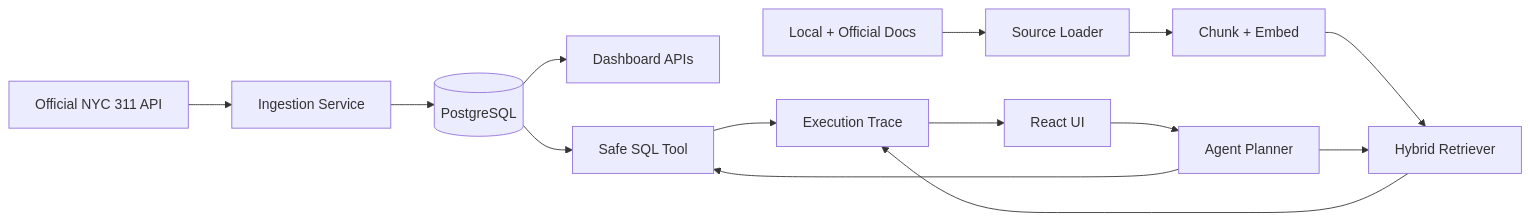
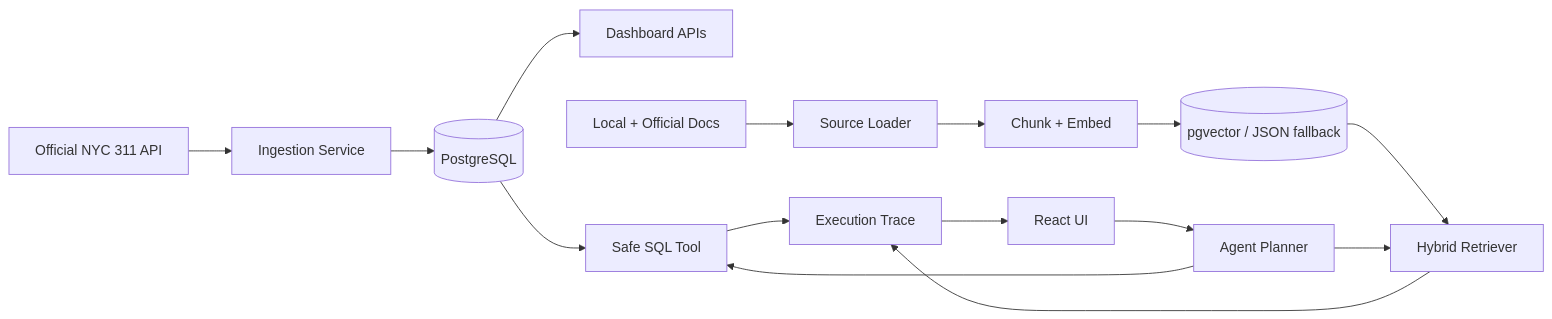
The diagram in README.md (ririan1125/civicops-agent), drawn with Mermaid before and after one commit. The commit also changed other lines of this file and 25 other files, not shown here.

````diff
--- a/README.md
+++ b/README.md
@@ -43,16 +43,17 @@
 ```mermaid
 flowchart LR
   NYC["Official NYC 311 API"] --> Ingestion["Ingestion Service"]
   Ingestion --> DB[("PostgreSQL")]
   DB --> Dashboard["Dashboard APIs"]
   DB --> SQLTool["Safe SQL Tool"]
   Docs["Local + Official Docs"] --> Loader["Source Loader"]
   Loader --> Chunk["Chunk + Embed"]
-  Chunk --> RAG["Hybrid Retriever"]
+  Chunk --> Vector[("pgvector / JSON fallback")]
+  Vector --> RAG["Hybrid Retriever"]
   User["React UI"] --> Agent["Agent Planner"]
   Agent --> SQLTool
   Agent --> RAG
   SQLTool --> Trace["Execution Trace"]
   RAG --> Trace
   Trace --> User
 ```
````
